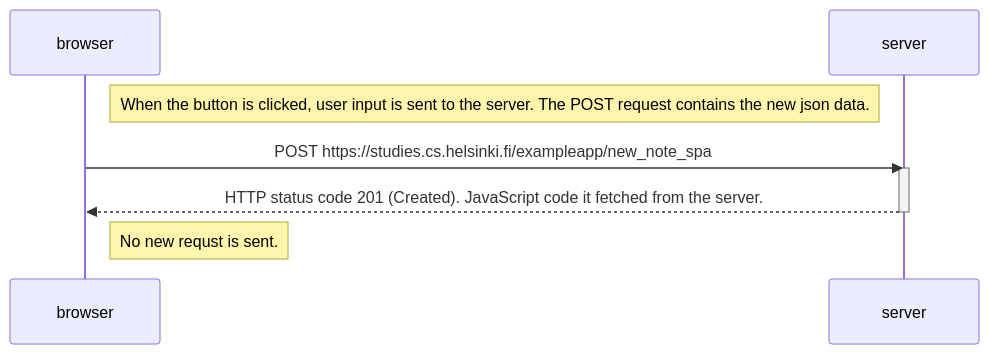
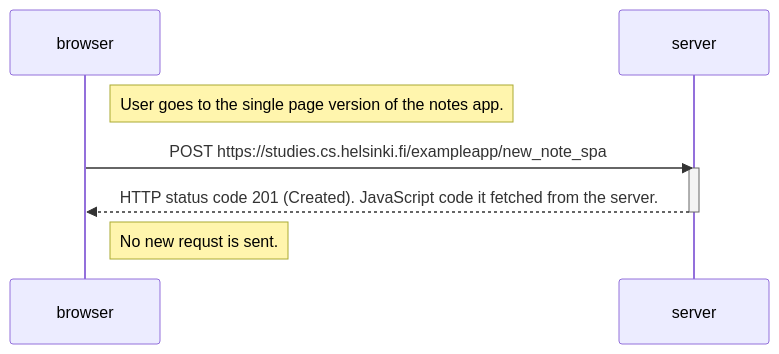
Before and after one commit to EmCarlss/UHelsinki_full_stack_open: the diagram in part0/Sequence_d0.5_spa.md, drawn with Mermaid.

````diff
--- a/part0/Sequence_d0.5_spa.md
+++ b/part0/Sequence_d0.5_spa.md
@@ -2,12 +2,12 @@
 ```mermaid
 sequenceDiagram
     participant browser
     participant server
 
-    Note right of browser: When the button is clicked, user input is sent to the server. The POST request contains the new json data.
+    Note right of browser: User goes to the single page version of the notes app.
     browser->>server: POST https://studies.cs.helsinki.fi/exampleapp/new_note_spa
     activate server
     server-->>browser: HTTP status code 201 (Created). JavaScript code it fetched from the server.
     deactivate server
     Note right of browser: No new requst is sent.
 ```
````
